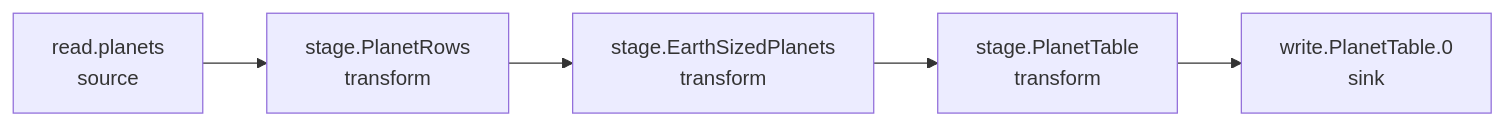
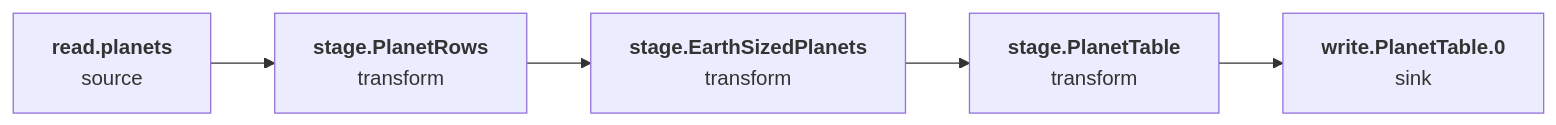
The second of 5 diagrams in docs/execution/plan.md (FAST-HEP/fasthep-flow), drawn with Mermaid before and after one commit. The commit also changed other lines of this file and 7 other files, not shown here.

````diff
--- a/docs/execution/plan.md
+++ b/docs/execution/plan.md
@@ -215,10 +220,10 @@
 ```{mermaid}
 flowchart LR
-    Source["read.planets<br/>source"]
-    Explode["stage.PlanetRows<br/>transform"]
-    Filter["stage.EarthSizedPlanets<br/>transform"]
-    Project["stage.PlanetTable<br/>transform"]
-    Write["write.PlanetTable.0<br/>sink"]
+    Source["<b>read.planets</b><br/>source"]:::source
+    Explode["<b>stage.PlanetRows</b><br/>transform"]:::transform
+    Filter["<b>stage.EarthSizedPlanets</b><br/>transform"]:::transform
+    Project["<b>stage.PlanetTable</b><br/>transform"]:::transform
+    Write["<b>write.PlanetTable.0</b><br/>sink"]:::sink
 
     Source --> Explode --> Filter --> Project --> Write
 ```
````
